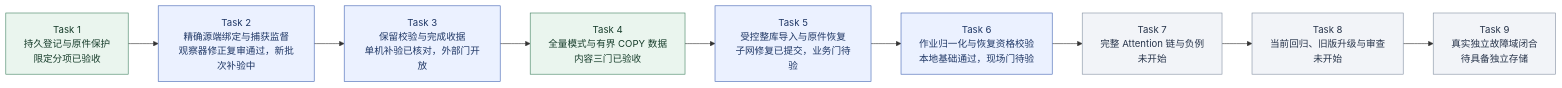
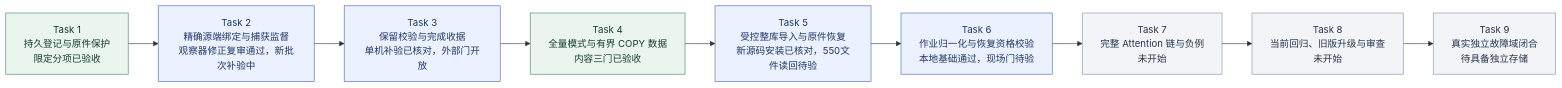
One commit to MansurnamedZhang/learning-system-p0c4 changed the second of 9 diagrams in docs/KnowWeave实施路线与系统架构.md. Above: the diagram before and after it, drawn with Mermaid. The commit also changed other lines of this file and 4 other files, not shown here.

````diff
--- a/docs/KnowWeave实施路线与系统架构.md
+++ b/docs/KnowWeave实施路线与系统架构.md
@@ -72,26 +72,26 @@
 ```mermaid
 flowchart LR
     C4T1["Task 1<br/>持久登记与原件保护<br/>限定分项已验收"]
     C4T2["Task 2<br/>精确源端绑定与捕获监督<br/>观察器修正复审通过，新批次补验中"]
     C4T3["Task 3<br/>保留校验与完成收据<br/>单机补验已核对，外部门开放"]
     C4T4["Task 4<br/>全量模式与有界 COPY 数据<br/>内容三门已验收"]
-    C4T5["Task 5<br/>受控整库导入与原件恢复<br/>子网修复已提交，业务门待验"]
+    C4T5["Task 5<br/>受控整库导入与原件恢复<br/>新源码安装已核对，550文件读回待验"]
     C4T6["Task 6<br/>作业归一化与恢复资格校验<br/>本地基础通过，现场门待验"]
     C4T7["Task 7<br/>完整 Attention 链与负例<br/>未开始"]
     C4T8["Task 8<br/>当前回归、旧版升级与审查<br/>未开始"]
     C4T9["Task 9<br/>真实独立故障域闭合<br/>待具备独立存储"]
     C4T1 --> C4T2
     C4T2 --> C4T3
     C4T3 --> C4T4
     C4T4 --> C4T5
     C4T5 --> C4T6
     C4T6 --> C4T7
     C4T7 --> C4T8
     C4T8 --> C4T9
     class C4T1,C4T4 done
     class C4T2,C4T3,C4T5,C4T6 next
     class C4T7,C4T8,C4T9 planned
     classDef done fill:#eaf5ee,stroke:#438363,color:#173d2b
     classDef next fill:#ebf1ff,stroke:#4365b4,color:#203866
     classDef planned fill:#f2f4f8,stroke:#8591a3,color:#28354b
 ```
````
